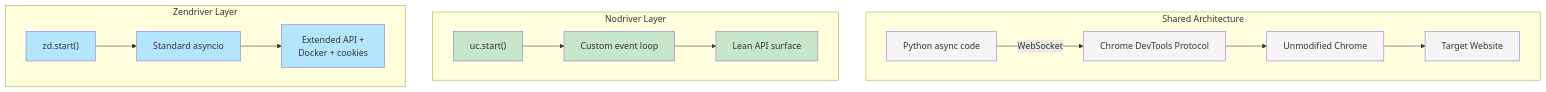
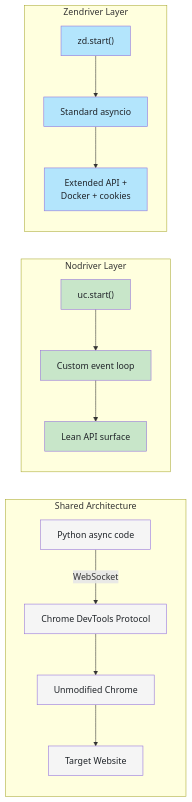
Before and after one commit to bytetunnels/bytetunnels.github.com: the second of 4 diagrams in _posts/2026-02-14-nodriver-vs-zendriver-picking-right-undetected-chrome-wrapper.md, drawn with Mermaid. The commit also changed other lines of this file and 118 other files, not shown here.

Commit message:
feat: improve diagram styling and compact wide flowcharts

````diff
--- a/_posts/2026-02-14-nodriver-vs-zendriver-picking-right-undetected-chrome-wrapper.md
+++ b/_posts/2026-02-14-nodriver-vs-zendriver-picking-right-undetected-chrome-wrapper.md
@@ -143,29 +143,29 @@
 ```mermaid
-graph TD
+graph LR
     subgraph "Shared Architecture"
         A["Python async code"] -->|"WebSocket"| B["Chrome DevTools Protocol"]
         B --> C["Unmodified Chrome"]
         C --> D["Target Website"]
     end
 
     subgraph "Nodriver Layer"
         E["uc.start()"] --> F["Custom event loop"]
         F --> G["Lean API surface"]
     end
 
     subgraph "Zendriver Layer"
         H["zd.start()"] --> I["Standard asyncio"]
-        I --> J["Extended API +<br>Docker + cookies"]
+        I --> J["Extended API +<br/>Docker + cookies"]
     end
 
-    style A fill:#f5f5f5
-    style B fill:#f5f5f5
-    style C fill:#f5f5f5
-    style D fill:#f5f5f5
-    style E fill:#c8e6c9
-    style F fill:#c8e6c9
-    style G fill:#c8e6c9
-    style H fill:#b3e5fc
-    style I fill:#b3e5fc
-    style J fill:#b3e5fc
+    style A fill:#f5f5f5,color:#1f2328
+    style B fill:#f5f5f5,color:#1f2328
+    style C fill:#f5f5f5,color:#1f2328
+    style D fill:#f5f5f5,color:#1f2328
+    style E fill:#c8e6c9,color:#1f2328
+    style F fill:#c8e6c9,color:#1f2328
+    style G fill:#c8e6c9,color:#1f2328
+    style H fill:#b3e5fc,color:#1f2328
+    style I fill:#b3e5fc,color:#1f2328
+    style J fill:#b3e5fc,color:#1f2328
 ```
````
